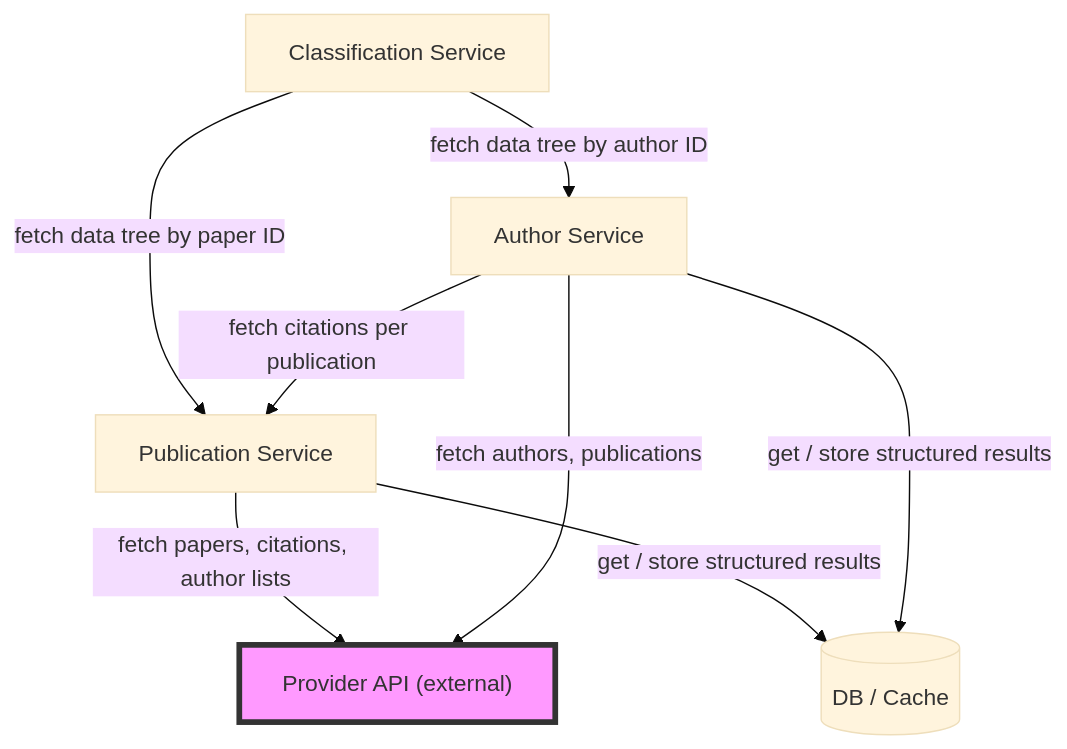
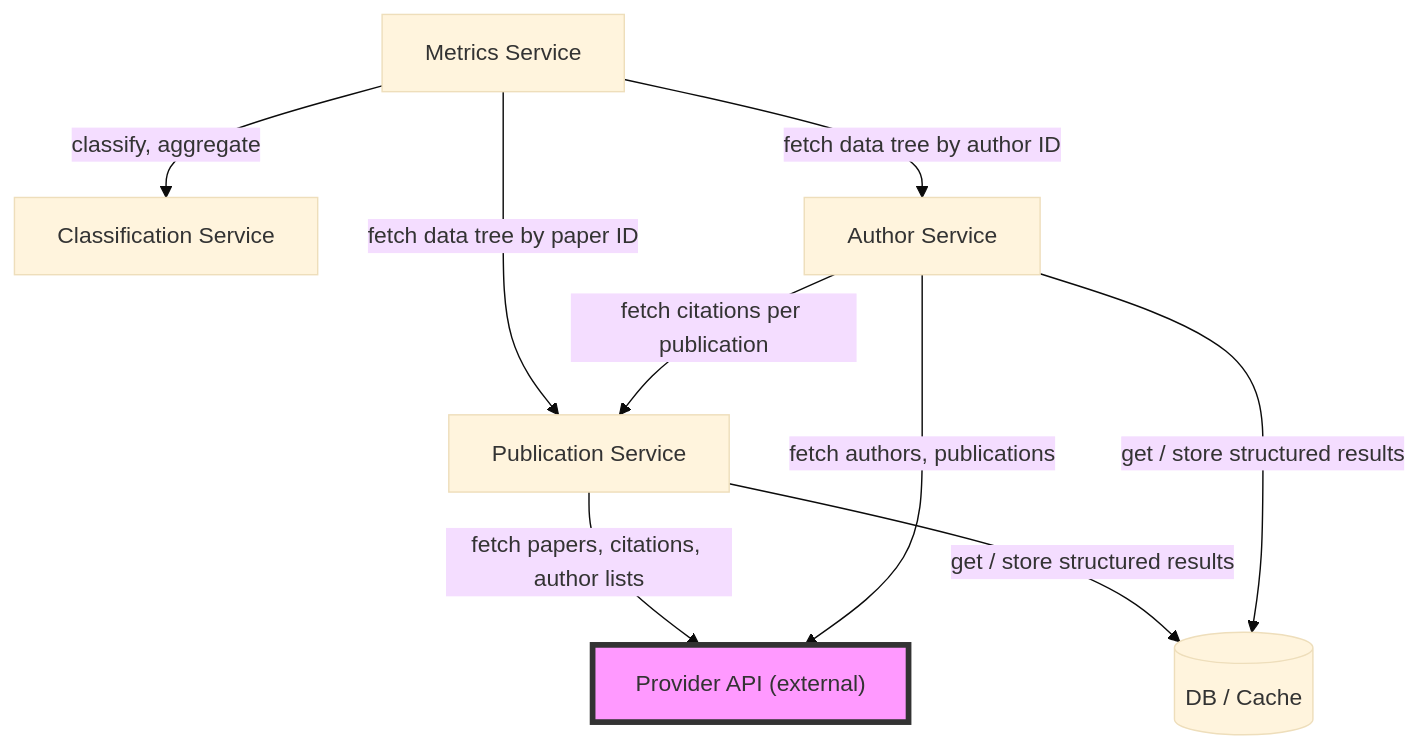
The seventh of 9 diagrams in docs/system-design.md (esaounkine/uop-thesis), drawn with Mermaid (base theme) before and after one commit. The commit also changed other lines of this file and 2 other files, not shown here.

````diff
--- a/docs/system-design.md
+++ b/docs/system-design.md
@@ -260,18 +295,20 @@
 ```mermaid
 flowchart TD
+  MS["Metrics Service"]
   CS["Classification Service"]
   AS["Author Service"]
   PS["Publication Service"]
   GC[("DB / Cache")]
   Providers["Provider API (external)"]
 
-  CS -->|"fetch data tree by paper ID"| PS
-  CS -->|"fetch data tree by author ID"| AS
+  MS -->|"fetch data tree by paper ID"| PS
+  MS -->|"fetch data tree by author ID"| AS
+  MS -->|"classify, aggregate"| CS
   AS -->|"fetch citations per publication"| PS
   PS -->|"fetch papers, citations, author lists"| Providers
   AS -->|"fetch authors, publications"| Providers
   PS -->|"get / store structured results"| GC
   AS -->|"get / store structured results"| GC
   
   style Providers fill:#f9f,stroke:#333,stroke-width:4px
 ```
````
